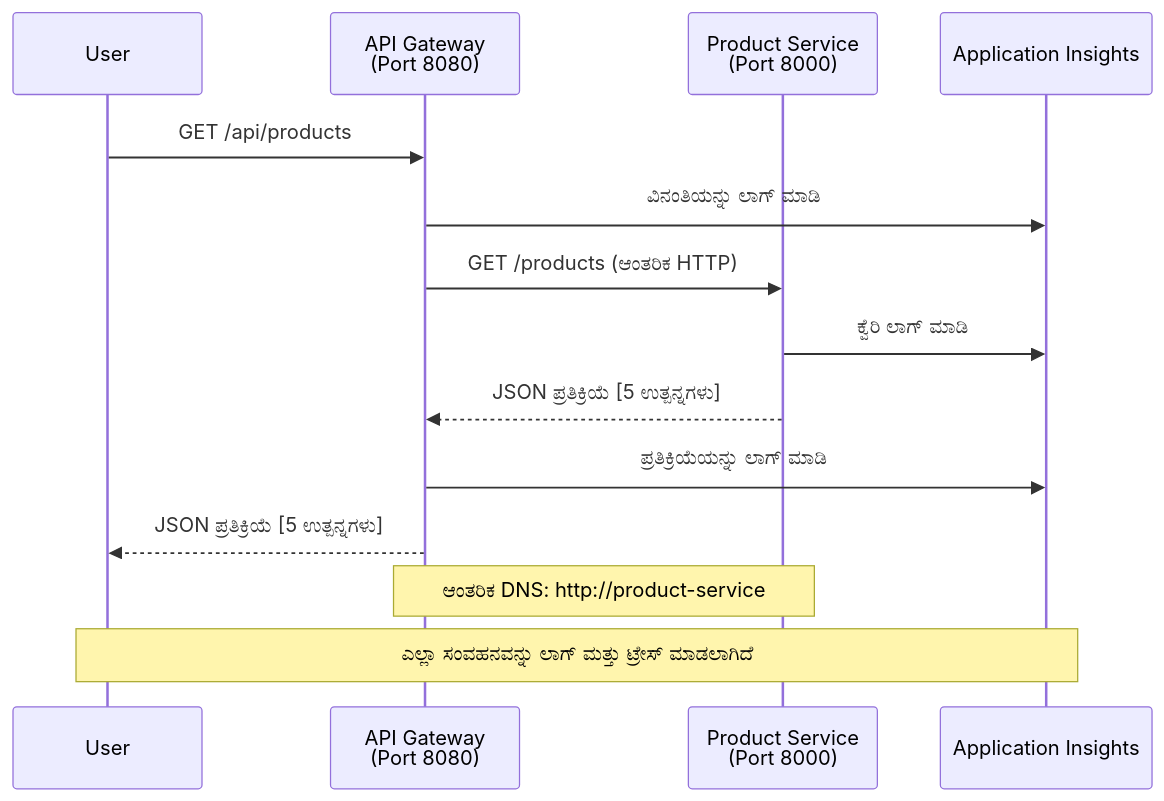
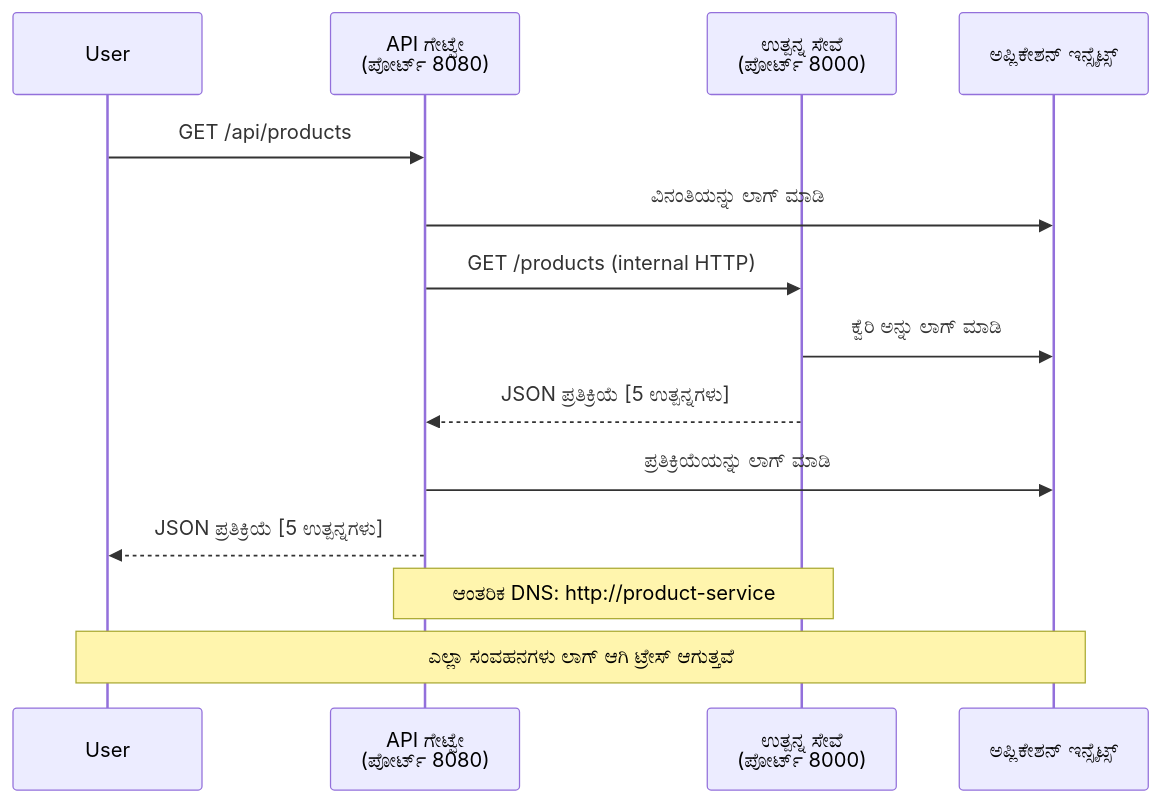
One commit to microsoft/AZD-for-beginners changed the fourth of 4 diagrams in translations/kn/examples/microservices/README.md. Above: the diagram before and after it, drawn with Mermaid. The commit also changed other lines of this file and 470 other files, not shown here.

````diff
--- a/translations/kn/examples/microservices/README.md
+++ b/translations/kn/examples/microservices/README.md
@@ -432,18 +424,18 @@
 ```mermaid
 sequenceDiagram
     participant User
-    participant Gateway as API Gateway<br/>(Port 8080)
-    participant Product as Product Service<br/>(Port 8000)
-    participant AI as Application Insights
+    participant Gateway as API ಗೇಟ್ವೇ<br/>(ಪೋರ್ಟ್ 8080)
+    participant Product as ಉತ್ಪನ್ನ ಸೇವೆ<br/>(ಪೋರ್ಟ್ 8000)
+    participant AI as ಅಪ್ಲಿಕೇಶನ್ ಇನ್ಸೈಟ್ಸ್
     
     User->>Gateway: GET /api/products
     Gateway->>AI: ವಿನಂತಿಯನ್ನು ಲಾಗ್ ಮಾಡಿ
-    Gateway->>Product: GET /products (ಆಂತರಿಕ HTTP)
-    Product->>AI: ಕ್ವೆರಿ ಲಾಗ್ ಮಾಡಿ
+    Gateway->>Product: GET /products (internal HTTP)
+    Product->>AI: ಕ್ವೆರಿ ಅನ್ನು ಲಾಗ್ ಮಾಡಿ
     Product-->>Gateway: JSON ಪ್ರತಿಕ್ರಿಯೆ [5 ಉತ್ಪನ್ನಗಳು]
     Gateway->>AI: ಪ್ರತಿಕ್ರಿಯೆಯನ್ನು ಲಾಗ್ ಮಾಡಿ
     Gateway-->>User: JSON ಪ್ರತಿಕ್ರಿಯೆ [5 ಉತ್ಪನ್ನಗಳು]
     
     Note over Gateway,Product: ಆಂತರಿಕ DNS: http://product-service
-    Note over User,AI: ಎಲ್ಲಾ ಸಂವಹನವನ್ನು ಲಾಗ್ ಮತ್ತು ಟ್ರೇಸ್ ಮಾಡಲಾಗಿದೆ
+    Note over User,AI: ಎಲ್ಲಾ ಸಂವಹನಗಳು ಲಾಗ್ ಆಗಿ ಟ್ರೇಸ್ ಆಗುತ್ತವೆ
 ```
````
